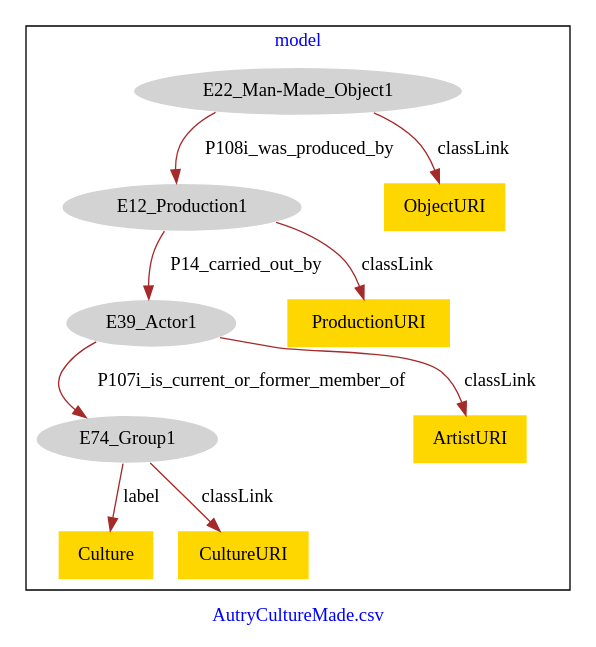
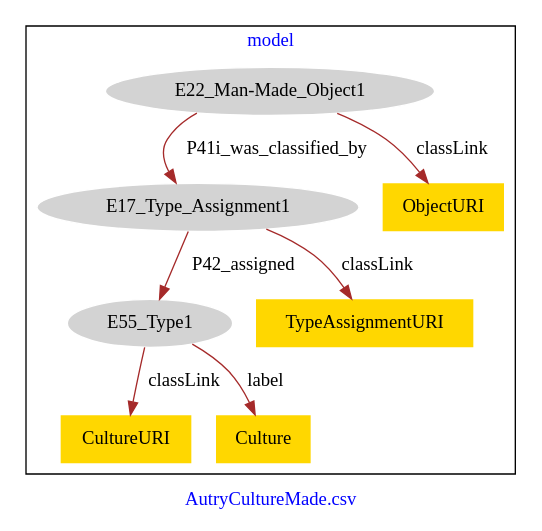
The diagram in AutryCultureMade/AutryCultureMade-model.dot (american-art/autry), drawn with Graphviz before and after one commit.

Commit message:
Update file AutryCultureMade-model.dot

```diff
--- a/AutryCultureMade/AutryCultureMade-model.dot
+++ b/AutryCultureMade/AutryCultureMade-model.dot
@@ -1,25 +1,21 @@
 digraph n0 {
 fontcolor="blue"
 remincross="true"
 label="AutryCultureMade.csv"
 subgraph cluster {
 label="model"
-n2[style="filled",color="white",fillcolor="lightgray",label="E12_Production1"];
-n3[style="filled",color="white",fillcolor="lightgray",label="E39_Actor1"];
+n2[style="filled",color="white",fillcolor="lightgray",label="E17_Type_Assignment1"];
+n3[style="filled",color="white",fillcolor="lightgray",label="E55_Type1"];
 n4[style="filled",color="white",fillcolor="lightgray",label="E22_Man-Made_Object1"];
-n5[style="filled",color="white",fillcolor="lightgray",label="E74_Group1"];
-n6[shape="plaintext",style="filled",fillcolor="gold",label="ObjectURI"];
+n5[shape="plaintext",style="filled",fillcolor="gold",label="CultureURI"];
+n6[shape="plaintext",style="filled",fillcolor="gold",label="TypeAssignmentURI"];
 n7[shape="plaintext",style="filled",fillcolor="gold",label="Culture"];
-n8[shape="plaintext",style="filled",fillcolor="gold",label="CultureURI"];
-n9[shape="plaintext",style="filled",fillcolor="gold",label="ProductionURI"];
-n10[shape="plaintext",style="filled",fillcolor="gold",label="ArtistURI"];
+n8[shape="plaintext",style="filled",fillcolor="gold",label="ObjectURI"];
 }
-n2 -> n3[color="brown",fontcolor="black",label="P14_carried_out_by"]
-n4 -> n2[color="brown",fontcolor="black",label="P108i_was_produced_by"]
-n3 -> n5[color="brown",fontcolor="black",label="P107i_is_current_or_former_member_of"]
-n4 -> n6[color="brown",fontcolor="black",label="classLink"]
-n5 -> n7[color="brown",fontcolor="black",label="label"]
-n5 -> n8[color="brown",fontcolor="black",label="classLink"]
-n2 -> n9[color="brown",fontcolor="black",label="classLink"]
-n3 -> n10[color="brown",fontcolor="black",label="classLink"]
+n2 -> n3[color="brown",fontcolor="black",label="P42_assigned"]
+n4 -> n2[color="brown",fontcolor="black",label="P41i_was_classified_by"]
+n3 -> n5[color="brown",fontcolor="black",label="classLink"]
+n2 -> n6[color="brown",fontcolor="black",label="classLink"]
+n3 -> n7[color="brown",fontcolor="black",label="label"]
+n4 -> n8[color="brown",fontcolor="black",label="classLink"]
 }
```
